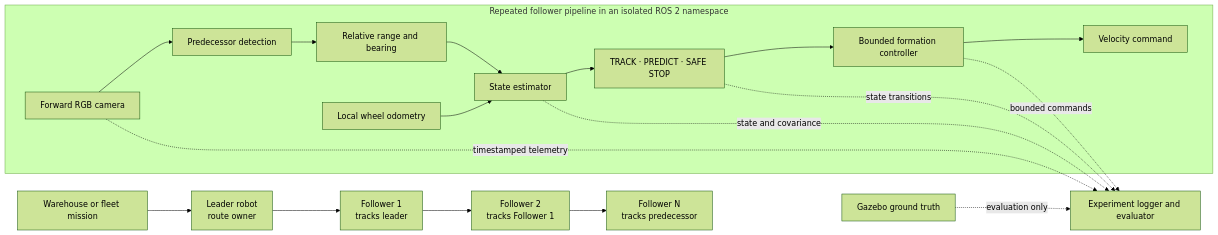
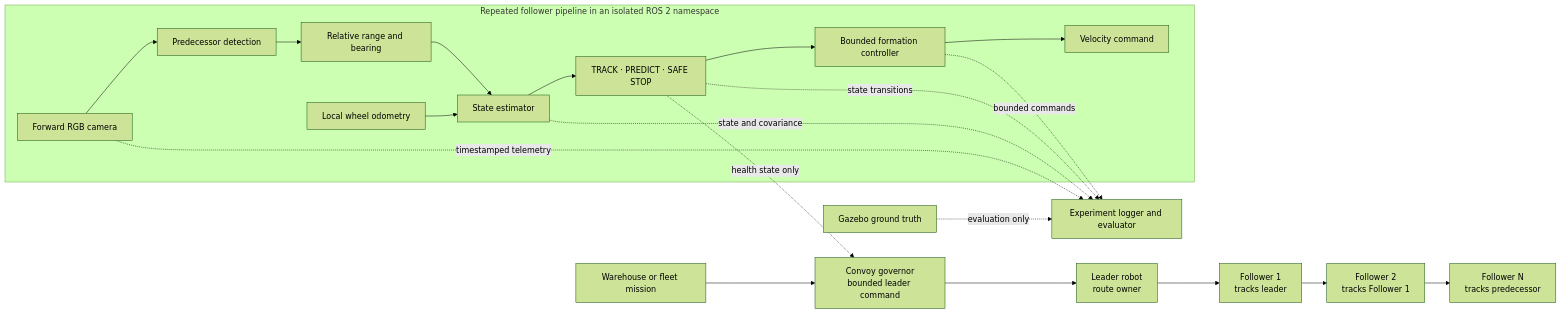
The diagram in README.md (justneeraj12/ee616-vision-leader-follower), drawn with Mermaid (forest theme) before and after one commit. The commit also changed other lines of this file and 89 other files, not shown here.

````diff
--- a/README.md
+++ b/README.md
@@ -151,23 +157,26 @@
 ```mermaid
 flowchart LR
-    mission["Warehouse or fleet mission"] --> leader["Leader robot<br/>route owner"]
+    mission["Warehouse or fleet mission"] --> governor["Convoy governor<br/>bounded leader command"]
+    governor --> leader["Leader robot<br/>route owner"]
     leader --> f1["Follower 1<br/>tracks leader"]
     f1 --> f2["Follower 2<br/>tracks Follower 1"]
     f2 --> fn["Follower N<br/>tracks predecessor"]
 
     subgraph follower["Repeated follower pipeline in an isolated ROS 2 namespace"]
         camera["Forward RGB camera"] --> detect["Predecessor detection"]
         detect --> measure["Relative range and bearing"]
         odom["Local wheel odometry"] --> estimate["State estimator"]
         measure --> estimate
         estimate --> supervisor["TRACK · PREDICT · SAFE STOP"]
         supervisor --> control["Bounded formation controller"]
         control --> cmd["Velocity command"]
     end
 
+    supervisor -. health state only .-> governor
+
     truth["Gazebo ground truth"] -. evaluation only .-> logger["Experiment logger and evaluator"]
     camera -. timestamped telemetry .-> logger
     estimate -. state and covariance .-> logger
     supervisor -. state transitions .-> logger
     control -. bounded commands .-> logger
 ```
````
